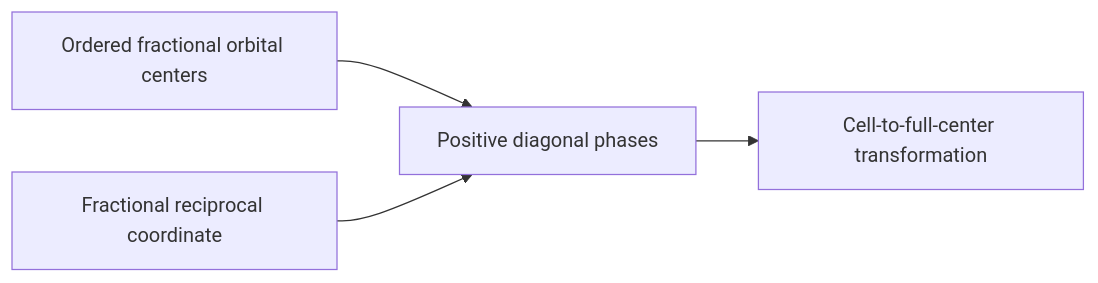
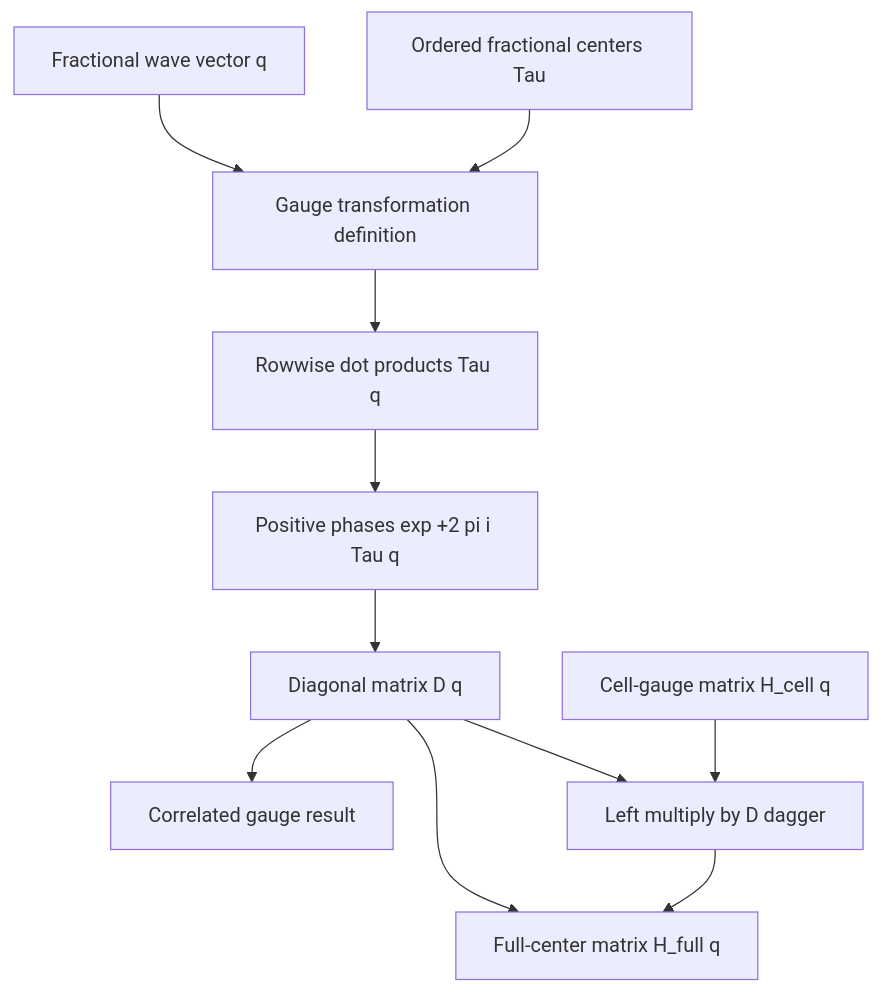
The diagram in docs/architecture/projectkoios/physkit/solidstate/tb/orbital_center_gauge/schematics.md (eragasa/projectkoios-physkit), drawn with Mermaid before and after one commit. The commit also changed other lines of this file and 128 other files, not shown here.

Commit message:
docs(tb): expand Slater-Koster architecture contracts

````diff
--- a/docs/architecture/projectkoios/physkit/solidstate/tb/orbital_center_gauge/schematics.md
+++ b/docs/architecture/projectkoios/physkit/solidstate/tb/orbital_center_gauge/schematics.md
@@ -3,11 +3,21 @@
 ```mermaid
-flowchart LR
-    T[Ordered fractional orbital centers]
-    Q[Fractional reciprocal coordinate]
-    P[Positive diagonal phases]
-    D[Cell-to-full-center transformation]
+flowchart TD
+    TAU[Ordered fractional centers Tau]
+    Q[Fractional wave vector q]
+    DEF[Gauge transformation definition]
+    DOT[Rowwise dot products Tau q]
+    PHASE[Positive phases exp +2 pi i Tau q]
+    DIAG[Diagonal matrix D q]
+    RESULT[Correlated gauge result]
+    HCELL[Cell-gauge matrix H_cell q]
+    LEFT[Left multiply by D dagger]
+    HFULL[Full-center matrix H_full q]
 
-    T --> P
-    Q --> P
-    P --> D
+    TAU --> DEF
+    Q --> DEF
+    DEF --> DOT --> PHASE --> DIAG --> RESULT
+    HCELL --> LEFT
+    DIAG --> LEFT
+    LEFT --> HFULL
+    DIAG --> HFULL
 ```
````
